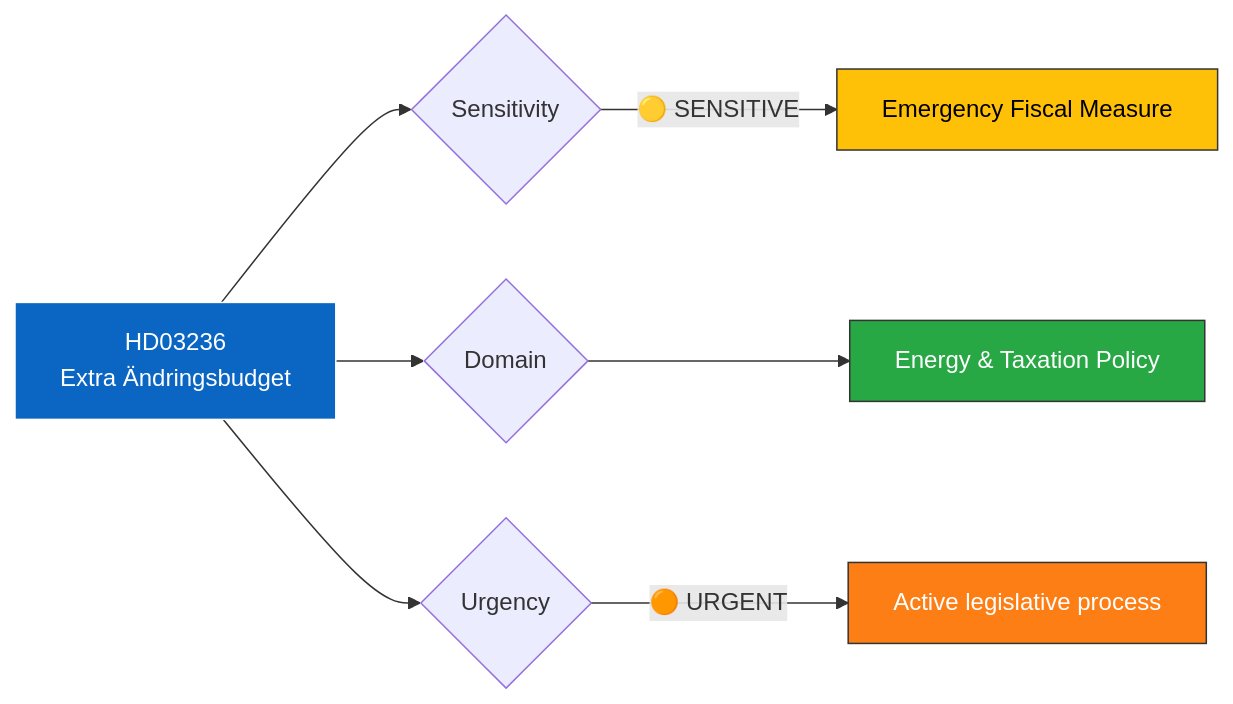
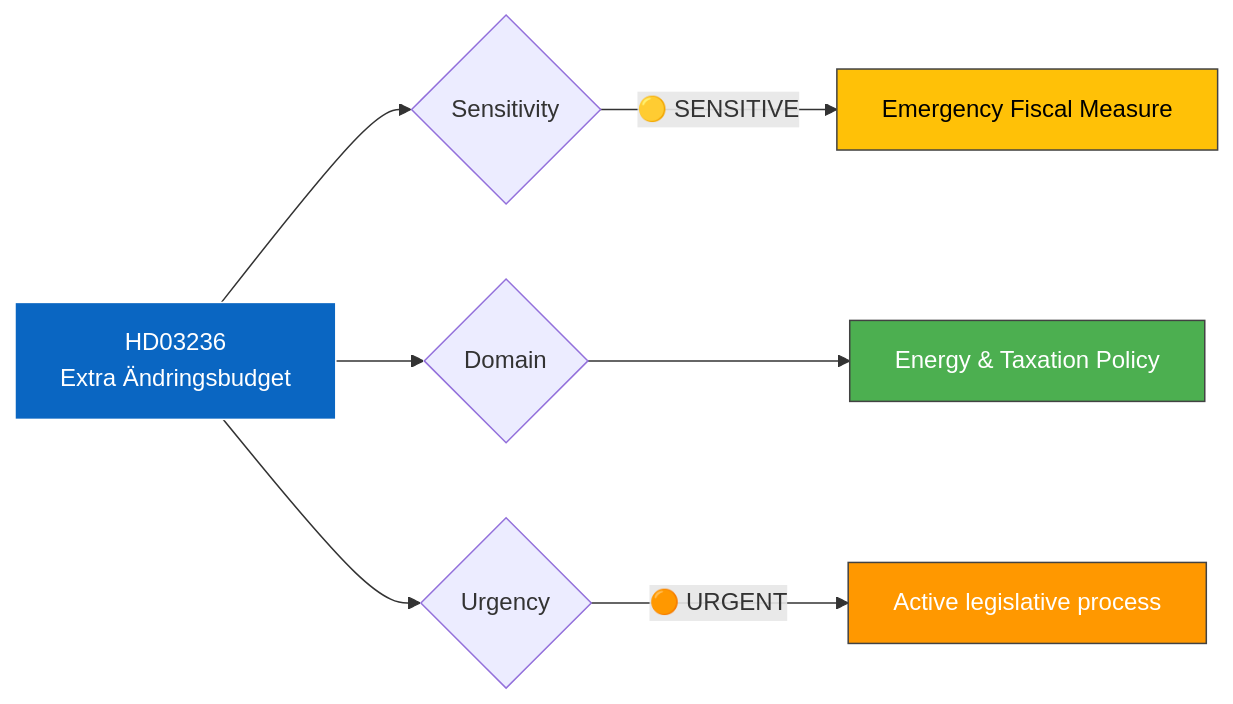
One commit to Hack23/riksdagsmonitor changed the diagram in analysis/daily/2026-04-13/realtime-1433/documents/HD03236-analysis.md. Above: the diagram before and after it, drawn with Mermaid. The commit also changed 785 other files, not shown here.

First line of the commit message:
Normalize mermaid colors across 786 analysis artifacts to ISMS Style Guide palette

````diff
--- a/analysis/daily/2026-04-13/realtime-1433/documents/HD03236-analysis.md
+++ b/analysis/daily/2026-04-13/realtime-1433/documents/HD03236-analysis.md
@@ -20,13 +20,13 @@
 ```mermaid
 graph LR
     A["HD03236<br/>Extra Ändringsbudget"] --> B{"Sensitivity"}
     B -->|"🟡 SENSITIVE"| C["Emergency Fiscal Measure"]
     A --> D{"Domain"}
     D --> E["Energy & Taxation Policy"]
     A --> F{"Urgency"}
     F -->|"🟠 URGENT"| G["Active legislative process"]
-    style A fill:#0A66C2,stroke:#fff,color:#fff
-    style C fill:#ffc107,stroke:#333,color:#000
-    style E fill:#28a745,stroke:#333,color:#fff
-    style G fill:#fd7e14,stroke:#333,color:#fff
+    style A fill:#0A66C2,stroke:#FFFFFF,color:#FFFFFF
+    style C fill:#FFC107,stroke:#424242,color:#000000
+    style E fill:#4CAF50,stroke:#424242,color:#FFFFFF
+    style G fill:#FF9800,stroke:#424242,color:#FFFFFF
 ```
````
